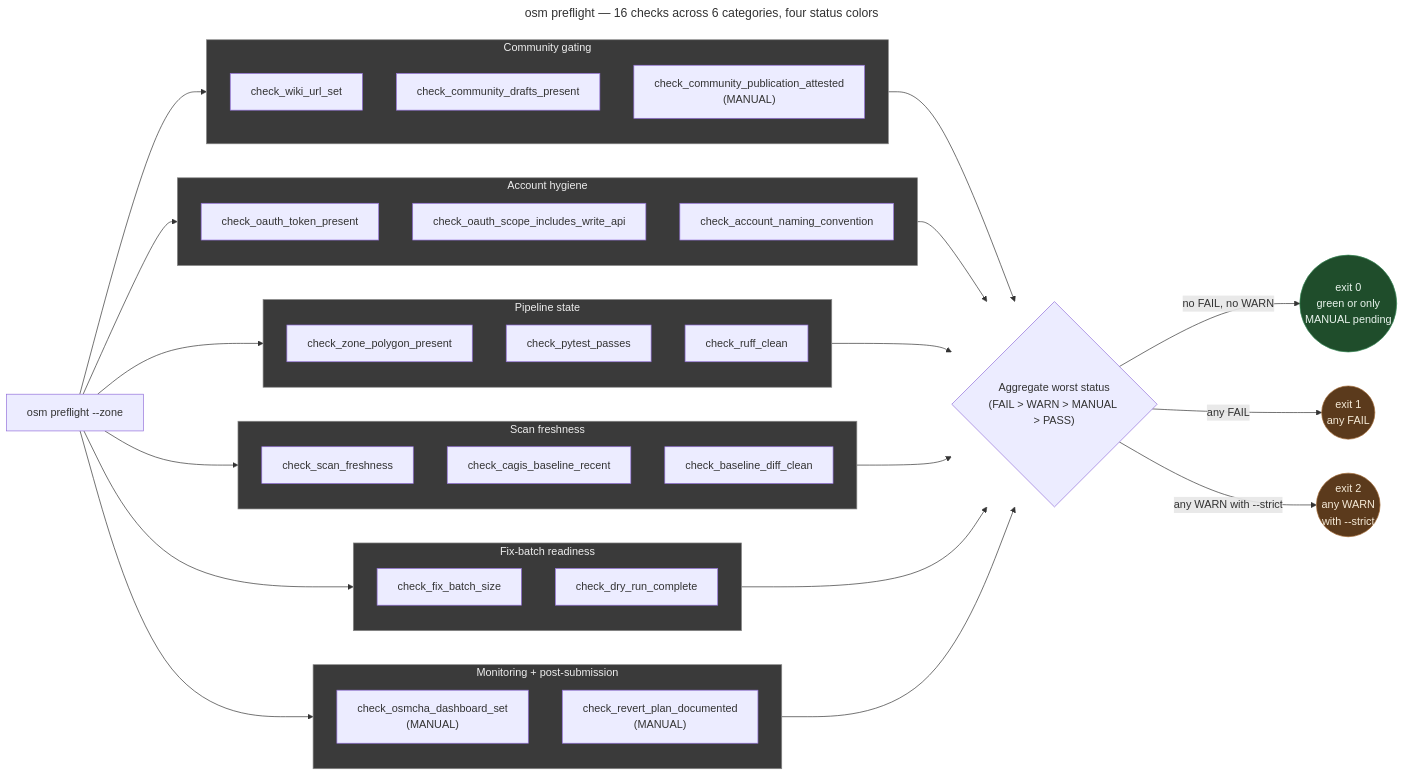
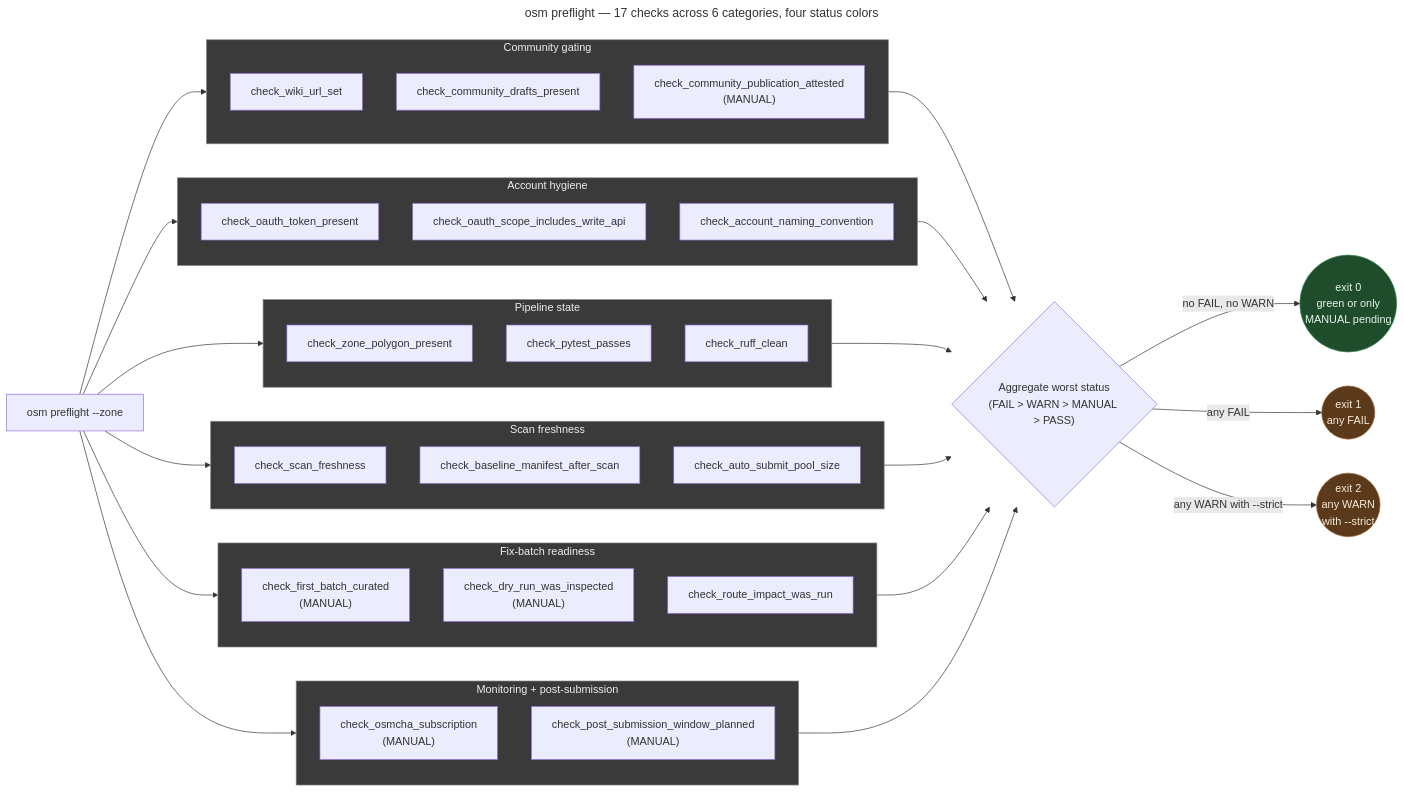
Before and after one commit to AICincy/MetroNow: the diagram in docs/explainers/preflight-checks.md, drawn with Mermaid. The commit also changed other lines of this file and 2 other files, not shown here.

First paragraph of the commit message:
docs: fix gemini-flagged factual errors in preflight + history-filter
Three accuracy bugs caught on PR #27 review:

````diff
--- a/docs/explainers/preflight-checks.md
+++ b/docs/explainers/preflight-checks.md
@@ -83,65 +83,66 @@
 ```mermaid
 ---
-title: osm preflight — 16 checks across 6 categories, four status colors
+title: osm preflight — 17 checks across 6 categories, four status colors
 ---
 flowchart LR
     Run["osm preflight --zone <key>"]
 
     subgraph CAT_COMMUNITY["Community gating"]
         direction TB
         C1["check_wiki_url_set"]
         C2["check_community_drafts_present"]
         C3["check_community_publication_attested<br/>(MANUAL)"]
     end
 
     subgraph CAT_ACCOUNT["Account hygiene"]
         direction TB
         A1["check_oauth_token_present"]
         A2["check_oauth_scope_includes_write_api"]
         A3["check_account_naming_convention"]
     end
 
     subgraph CAT_PIPELINE["Pipeline state"]
         direction TB
         P1["check_zone_polygon_present"]
         P2["check_pytest_passes"]
         P3["check_ruff_clean"]
     end
 
     subgraph CAT_SCAN["Scan freshness"]
         direction TB
         S1["check_scan_freshness"]
-        S2["check_cagis_baseline_recent"]
-        S3["check_baseline_diff_clean"]
+        S2["check_baseline_manifest_after_scan"]
+        S3["check_auto_submit_pool_size"]
     end
 
     subgraph CAT_FIX["Fix-batch readiness"]
         direction TB
-        F1["check_fix_batch_size"]
-        F2["check_dry_run_complete"]
+        F1["check_first_batch_curated<br/>(MANUAL)"]
+        F2["check_dry_run_was_inspected<br/>(MANUAL)"]
+        F3["check_route_impact_was_run"]
     end
 
     subgraph CAT_MONITORING["Monitoring + post-submission"]
         direction TB
-        M1["check_osmcha_dashboard_set<br/>(MANUAL)"]
-        M2["check_revert_plan_documented<br/>(MANUAL)"]
+        M1["check_osmcha_subscription<br/>(MANUAL)"]
+        M2["check_post_submission_window_planned<br/>(MANUAL)"]
     end
 
     Decide{"Aggregate worst status<br/>(FAIL > WARN > MANUAL > PASS)"}
     Exit0((exit 0<br/>green or only<br/>MANUAL pending))
     Exit1((exit 1<br/>any FAIL))
     Exit2((exit 2<br/>any WARN<br/>with --strict))
 
     Run --> CAT_COMMUNITY & CAT_ACCOUNT & CAT_PIPELINE & CAT_SCAN & CAT_FIX & CAT_MONITORING
     CAT_COMMUNITY & CAT_ACCOUNT & CAT_PIPELINE & CAT_SCAN & CAT_FIX & CAT_MONITORING --> Decide
     Decide -- "no FAIL, no WARN" --> Exit0
     Decide -- "any FAIL" --> Exit1
     Decide -- "any WARN with --strict" --> Exit2
 
     classDef cat fill:#3a3a3a,stroke:#888,color:#eee
     classDef pass fill:#1f4d2b,stroke:#3b8c5a,color:#e8f3ec
     classDef fail fill:#5b3a1c,stroke:#a06632,color:#f5ead7
     class CAT_COMMUNITY,CAT_ACCOUNT,CAT_PIPELINE,CAT_SCAN,CAT_FIX,CAT_MONITORING cat
     class Exit0 pass
     class Exit1,Exit2 fail
 ```
````
